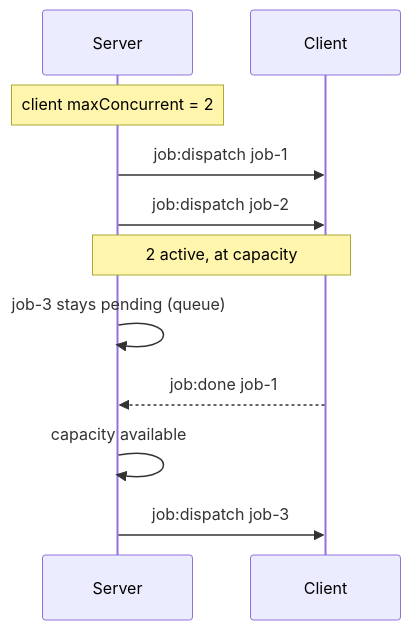
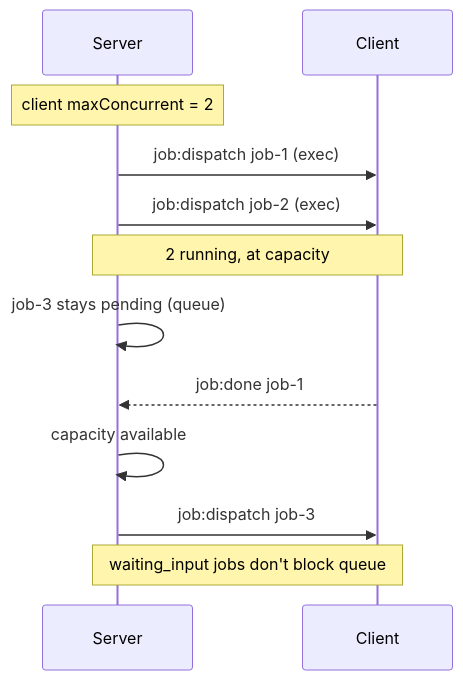
Before and after one commit to xuzhen97/VCPDeck: the eighth of 10 diagrams in docs/server-client-interaction-design.md, drawn with Mermaid. The commit also changed other lines of this file and 1 other file, not shown here.

Commit message:
docs: Typed Job 内核架构设计 spec + 交互模型同步更新

````diff
--- a/docs/server-client-interaction-design.md
+++ b/docs/server-client-interaction-design.md
@@ -279,17 +487,19 @@
 ```mermaid
 sequenceDiagram
     participant S as Server
     participant C as Client
 
     Note over S: client maxConcurrent = 2
 
-    S->>C: job:dispatch job-1
-    S->>C: job:dispatch job-2
-    Note over S,C: 2 active, at capacity
+    S->>C: job:dispatch job-1 (exec)
+    S->>C: job:dispatch job-2 (exec)
+    Note over S,C: 2 running, at capacity
 
     S->>S: job-3 stays pending (queue)
 
     C-->>S: job:done job-1
     S->>S: capacity available
     S->>C: job:dispatch job-3
+
+    Note over S,C: waiting_input jobs don't block queue
 ```
````
